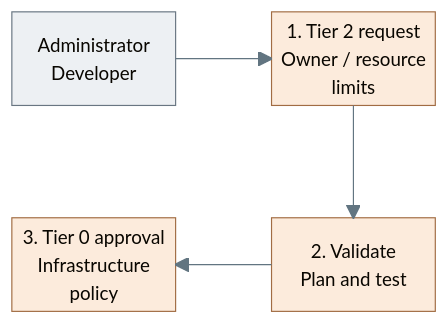
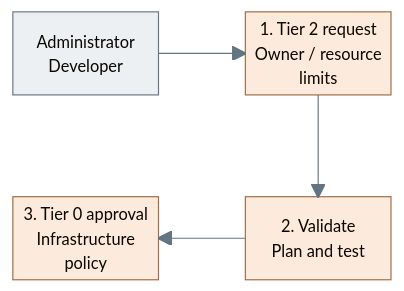
One commit to Rexus/homelab changed the second of 2 diagrams in docs/03-deployment/stage-10-lab-environments/README.md. Above: the diagram before and after it, drawn with Mermaid. The commit also changed other lines of this file and 124 other files, not shown here.

First line of the commit message:
fix(platform): align service diagrams and directory failover

````diff
--- a/docs/03-deployment/stage-10-lab-environments/README.md
+++ b/docs/03-deployment/stage-10-lab-environments/README.md
@@ -115,20 +112,20 @@
 ```mermaid
-%%{init: {"theme":"base","themeVariables":{"lineColor":"#627581","edgeLabelBackground":"#f8fafc"}}}%%
+%%{init: {"theme":"base","themeVariables":{"lineColor":"#627581","edgeLabelBackground":"#f8fafc","fontFamily":"Arial, sans-serif","fontSize":"14px"},"fontFamily":"Arial, sans-serif"}}%%
 block-beta
   columns 5
   User["Administrator<br/>Developer"]:2
   space
   Request["1. Tier 2 request<br/>Owner / resource<br/>limits"]:2
   space:5
   Gate["3. Tier 0 approval<br/>Infrastructure<br/>policy"]:2
   space
   CI["2. Validate<br/>Plan and test"]:2
   User --> Request
   Request --> CI
   CI --> Gate
   classDef default fill:#f8fafc,stroke:#64748b,color:#1f2937
   classDef actor fill:#edf0f3,stroke:#697682,color:#293642
   classDef action fill:#fcebdc,stroke:#a16c43,color:#5b3921
   class User actor
   class Request,CI,Gate action
 ```
````
